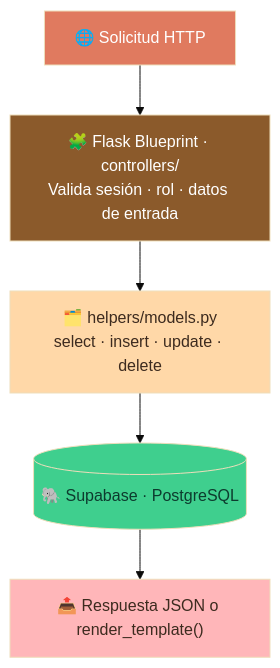
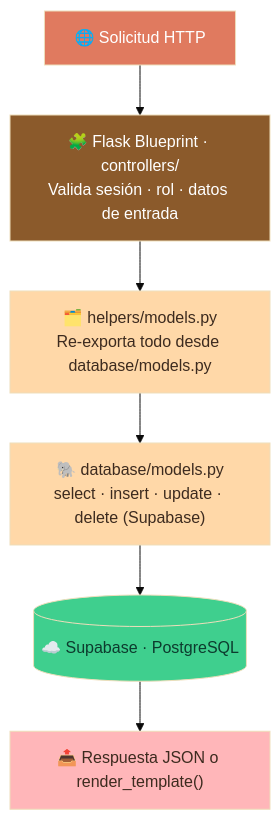
The fourth of 4 diagrams in README.md (19Yisus22/WEB_D.ANTOJITOS-VS_2026), drawn with Mermaid (base theme) before and after one commit. The commit also changed other lines of this file and 66 other files, not shown here.

````diff
--- a/README.md
+++ b/README.md
@@ -215,13 +374,15 @@
 ```mermaid
 flowchart TD
     A["🌐 Solicitud HTTP"] --> B["🧩 Flask Blueprint · controllers/<br/>Valida sesión · rol · datos de entrada"]
-    B --> C["🗂️ helpers/models.py<br/>select · insert · update · delete"]
-    C --> D[("🐘 Supabase · PostgreSQL")]
-    D --> E["📤 Respuesta JSON o render_template()"]
+    B --> C["🗂️ helpers/models.py<br/>Re-exporta todo desde database/models.py"]
+    C --> D["🐘 database/models.py<br/>select · insert · update · delete (Supabase)"]
+    D --> E[("☁️ Supabase · PostgreSQL")]
+    E --> F["📤 Respuesta JSON o render_template()"]
 
     style A fill:#E07A5F,color:#fff
     style B fill:#8B5A2B,color:#fff
     style C fill:#FFD8A8,color:#3d2b1f
-    style D fill:#3FCF8E,color:#0d3b2e
-    style E fill:#FFB6B9,color:#3d2b1f
+    style D fill:#FFD8A8,color:#3d2b1f
+    style E fill:#3FCF8E,color:#0d3b2e
+    style F fill:#FFB6B9,color:#3d2b1f
 ```
````
